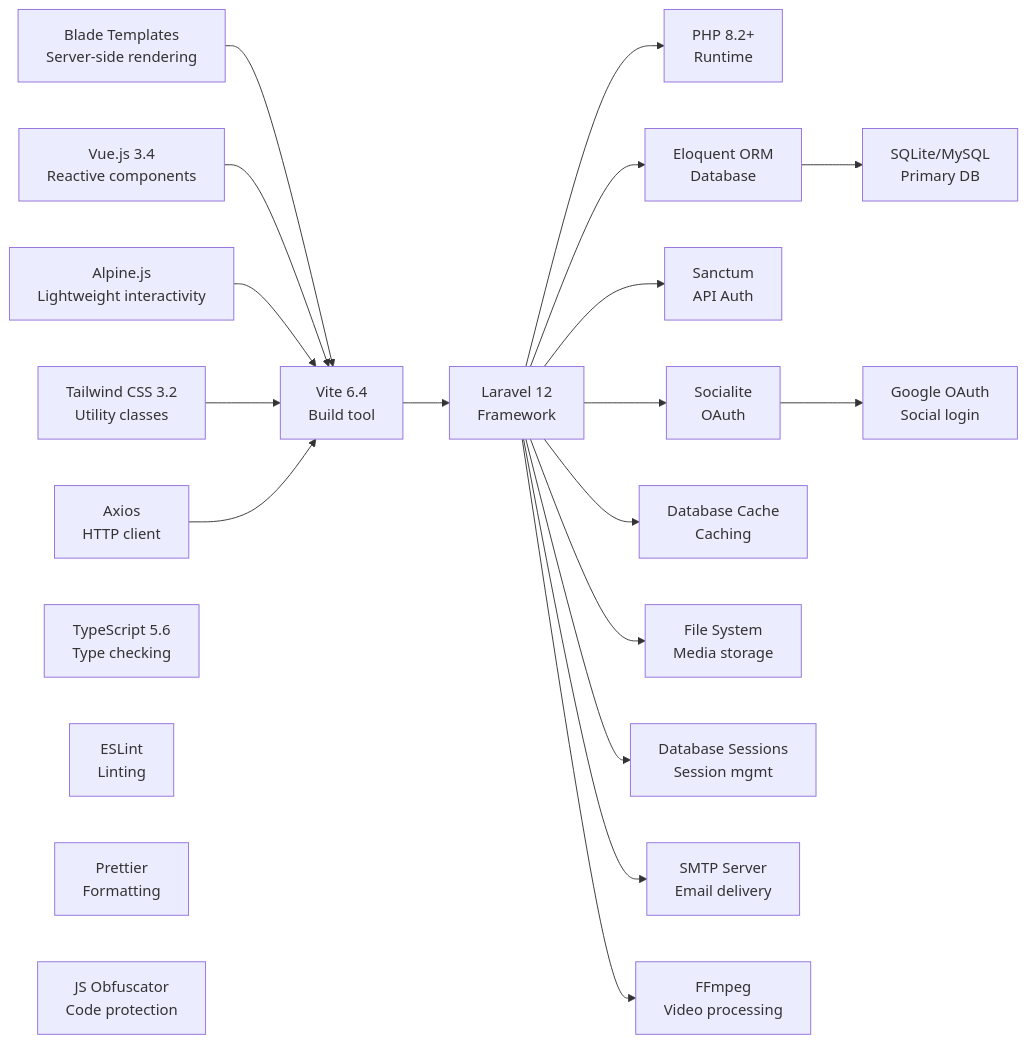
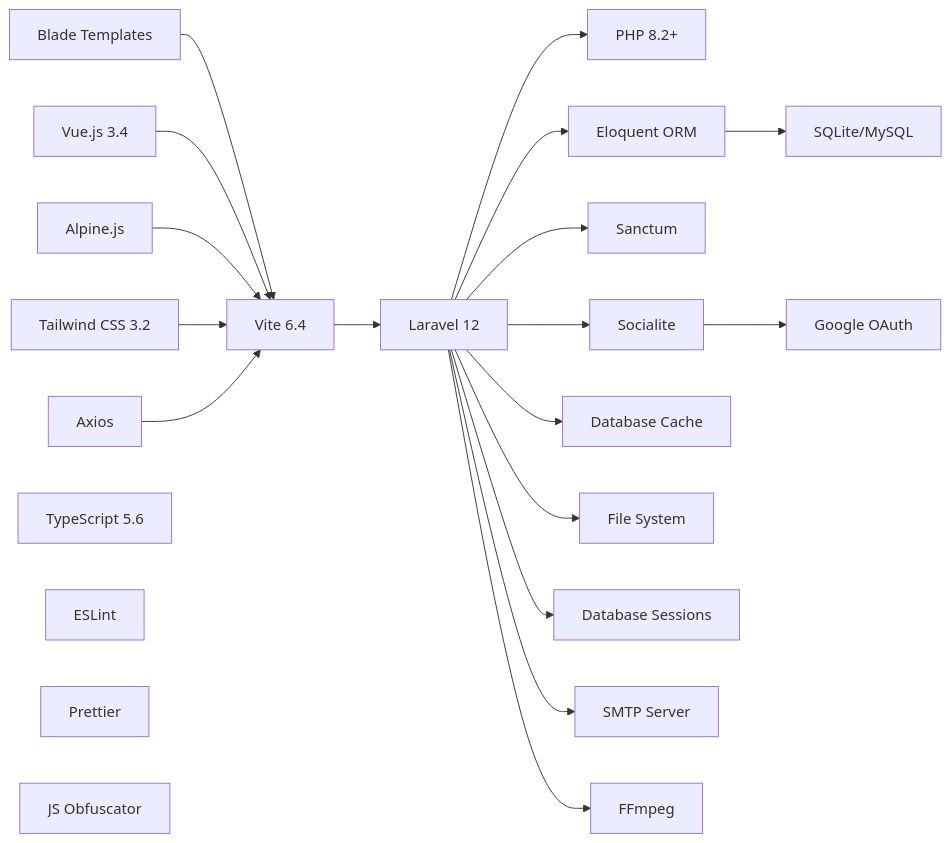
Diagram 24 of 29 in UML.md (vd120/laravel_project), drawn with Mermaid before and after one commit. The commit also changed other lines of this file, not shown here.

````diff
--- a/UML.md
+++ b/UML.md
@@ -1217,43 +1197,43 @@
 ```mermaid
 flowchart LR
-    F1[Blade Templates<br/>Server-side rendering]
-    F2[Vue.js 3.4<br/>Reactive components]
-    F3[Alpine.js<br/>Lightweight interactivity]
-    F4[Tailwind CSS 3.2<br/>Utility classes]
-    F5[Axios<br/>HTTP client]
-    B1[Vite 6.4<br/>Build tool]
-    B2[TypeScript 5.6<br/>Type checking]
-    B3[ESLint<br/>Linting]
-    B4[Prettier<br/>Formatting]
-    B5[JS Obfuscator<br/>Code protection]
-    BK1[Laravel 12<br/>Framework]
-    BK2[PHP 8.2+<br/>Runtime]
-    BK3[Eloquent ORM<br/>Database]
-    BK4[Sanctum<br/>API Auth]
-    BK5[Socialite<br/>OAuth]
-    D1[SQLite/MySQL<br/>Primary DB]
-    D2[Database Cache<br/>Caching]
-    D3[File System<br/>Media storage]
-    D4[Database Sessions<br/>Session mgmt]
-    E1[Google OAuth<br/>Social login]
-    E2[SMTP Server<br/>Email delivery]
-    E3[FFmpeg<br/>Video processing]
+    F1[Blade Templates]
+    F2[Vue.js 3.4]
+    F3[Alpine.js]
+    F4[Tailwind CSS 3.2]
+    F5[Axios]
+    B1[Vite 6.4]
+    B2[TypeScript 5.6]
+    B3[ESLint]
+    B4[Prettier]
+    B5[JS Obfuscator]
+    BK1[Laravel 12]
+    BK2[PHP 8.2+]
+    BK3[Eloquent ORM]
+    BK4[Sanctum]
+    BK5[Socialite]
+    D1[SQLite/MySQL]
+    D2[Database Cache]
+    D3[File System]
+    D4[Database Sessions]
+    E1[Google OAuth]
+    E2[SMTP Server]
+    E3[FFmpeg]
 
     F1 --> B1
     F2 --> B1
     F3 --> B1
     F4 --> B1
     F5 --> B1
     B1 --> BK1
     BK1 --> BK2
     BK1 --> BK3
     BK1 --> BK4
     BK1 --> BK5
     BK3 --> D1
     BK1 --> D2
     BK1 --> D3
     BK1 --> D4
     BK5 --> E1
     BK1 --> E2
     BK1 --> E3
 ```
````
